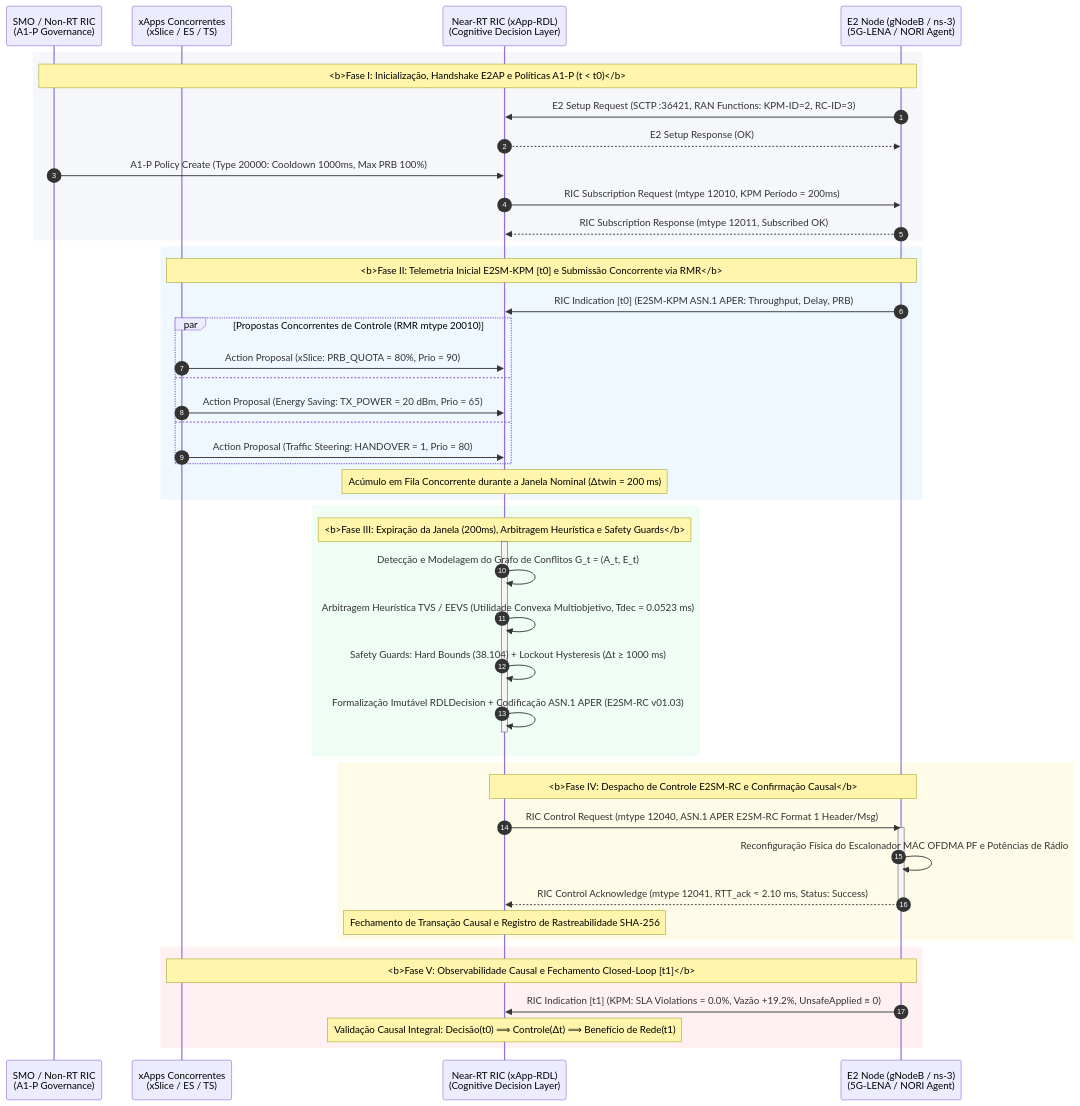
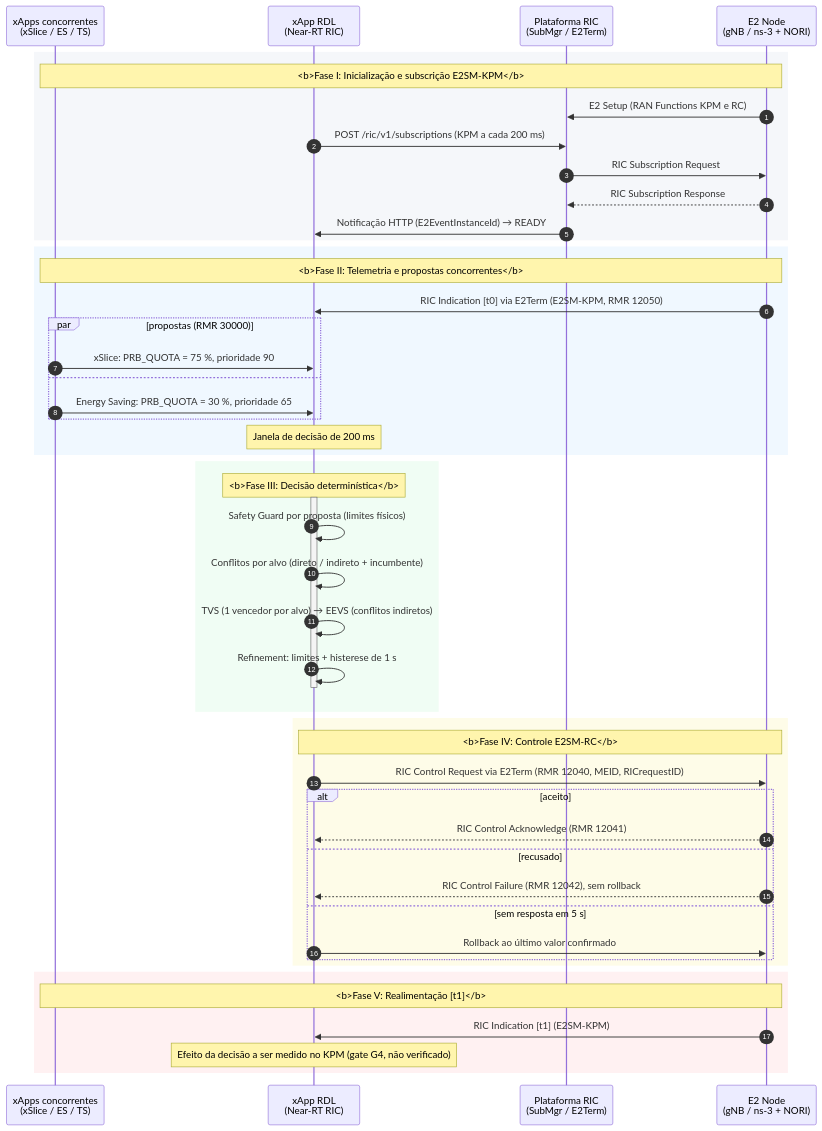
One commit to georgebarbosa3090/XApp-RDL-F1 changed the diagram in docs/figures/diagrama_sequencia_compacto_dissertacao.mermaid. Above: the diagram before and after it, drawn with Mermaid. The commit also changed 41 other files, not shown here.

```diff
--- a/docs/figures/diagrama_sequencia_compacto_dissertacao.mermaid
+++ b/docs/figures/diagrama_sequencia_compacto_dissertacao.mermaid
@@ -1,79 +1,63 @@
 %% ==============================================================================
-%% Diagrama de Sequência Compacto para Dissertação de Mestrado (PPGC/UFPA)
+%% Diagrama de Sequência Compacto para Dissertação de Mestrado (PPGCOMP/UFPA)
 %% Obra: H-RDL: Governança Determinística e Mitigação de Conflitos no Near-RT RIC
 %% Autor: George Alexandro Ferreira Barbosa | Orientador: Prof. Dr. André Riker
-%% Padrão Visual: Clean Architecture / O-RAN Alliance / Light Academic Theme
+%% Fluxo implementado em src/ (revisado em 2026-11-08). Sem valores medidos:
+%% os tempos são parâmetros de configuração; a troca E2 real ainda não foi exercitada.
 %% ==============================================================================
 
 sequenceDiagram
     autonumber
-    
-    %% DEFINIÇÃO DAS MACRO-ENTIDADES CANÔNICAS (4 Lifelines para caber em A4 Retrato)
-    participant SMO as SMO / Non-RT RIC<br/>(A1-P Governance)
-    participant XAPPS as xApps Concorrentes<br/>(xSlice / ES / TS)
-    participant RDL as Near-RT RIC (xApp-RDL)<br/>(Cognitive Decision Layer)
-    participant RAN as E2 Node (gNodeB / ns-3)<br/>(5G-LENA / NORI Agent)
 
-    %% -------------------------------------------------------------------------
-    %% FASE I: INICIALIZAÇÃO, HANDSHAKE E2AP E POLÍTICAS A1-P (t < t0)
-    %% -------------------------------------------------------------------------
+    participant XAPPS as xApps concorrentes<br/>(xSlice / ES / TS)
+    participant RDL as xApp RDL<br/>(Near-RT RIC)
+    participant RIC as Plataforma RIC<br/>(SubMgr / E2Term)
+    participant RAN as E2 Node<br/>(gNB / ns-3 + NORI)
+
     rect rgb(245, 247, 250)
-        Note over SMO,RAN: <b>Fase I: Inicialização, Handshake E2AP e Políticas A1-P (t < t0)</b>
-        RAN->>RDL: E2 Setup Request (SCTP :36421, RAN Functions: KPM-ID=2, RC-ID=3)
-        RDL-->>RAN: E2 Setup Response (OK)
-        SMO->>RDL: A1-P Policy Create (Type 20000: Cooldown 1000ms, Max PRB 100%)
-        RDL->>RAN: RIC Subscription Request (mtype 12010, KPM Período = 200ms)
-        RAN-->>RDL: RIC Subscription Response (mtype 12011, Subscribed OK)
+        Note over XAPPS,RAN: <b>Fase I: Inicialização e subscrição E2SM-KPM</b>
+        RAN->>RIC: E2 Setup (RAN Functions KPM e RC)
+        RDL->>RIC: POST /ric/v1/subscriptions (KPM a cada 200 ms)
+        RIC->>RAN: RIC Subscription Request
+        RAN-->>RIC: RIC Subscription Response
+        RIC->>RDL: Notificação HTTP (E2EventInstanceId) → READY
     end
 
-    %% -------------------------------------------------------------------------
-    %% FASE II: INGESTÃO DE TELEMETRIA E SUBMISSÃO CONCORRENTE DE PROPOSTAS
-    %% -------------------------------------------------------------------------
     rect rgb(240, 248, 255)
-        Note over XAPPS,RAN: <b>Fase II: Telemetria Inicial E2SM-KPM [t0] e Submissão Concorrente via RMR</b>
-        RAN->>RDL: RIC Indication [t0] (E2SM-KPM ASN.1 APER: Throughput, Delay, PRB)
-        
-        par Propostas Concorrentes de Controle (RMR mtype 20010)
-            XAPPS->>RDL: Action Proposal (xSlice: PRB_QUOTA = 80%, Prio = 90)
+        Note over XAPPS,RAN: <b>Fase II: Telemetria e propostas concorrentes</b>
+        RAN->>RDL: RIC Indication [t0] via E2Term (E2SM-KPM, RMR 12050)
+        par propostas (RMR 30000)
+            XAPPS->>RDL: xSlice: PRB_QUOTA = 75 %, prioridade 90
         and
-            XAPPS->>RDL: Action Proposal (Energy Saving: TX_POWER = 20 dBm, Prio = 65)
-        and
-            XAPPS->>RDL: Action Proposal (Traffic Steering: HANDOVER = 1, Prio = 80)
+            XAPPS->>RDL: Energy Saving: PRB_QUOTA = 30 %, prioridade 65
         end
-        Note over RDL: Acúmulo em Fila Concorrente durante a Janela Nominal (Δtwin = 200 ms)
+        Note over RDL: Janela de decisão de 200 ms
     end
 
-    %% -------------------------------------------------------------------------
-    %% FASE III: EXPIRAÇÃO DA JANELA, ARBITRAGEM HEURÍSTICA E SAFETY GUARDS
-    %% -------------------------------------------------------------------------
     rect rgb(240, 253, 244)
-        Note over RDL: <b>Fase III: Expiração da Janela (200ms), Arbitragem Heurística e Safety Guards</b>
+        Note over RDL: <b>Fase III: Decisão determinística</b>
         activate RDL
-        RDL->>RDL: Detecção e Modelagem do Grafo de Conflitos G_t = (A_t, E_t)
-        RDL->>RDL: Arbitragem Heurística TVS / EEVS (Utilidade Convexa Multiobjetivo, Tdec = 0.0523 ms)
-        RDL->>RDL: Safety Guards: Hard Bounds (38.104) + Lockout Hysteresis (Δt ≥ 1000 ms)
-        RDL->>RDL: Formalização Imutável RDLDecision + Codificação ASN.1 APER (E2SM-RC v01.03)
+        RDL->>RDL: Safety Guard por proposta (limites físicos)
+        RDL->>RDL: Conflitos por alvo (direto / indireto + incumbente)
+        RDL->>RDL: TVS (1 vencedor por alvo) → EEVS (conflitos indiretos)
+        RDL->>RDL: Refinement: limites + histerese de 1 s
         deactivate RDL
     end
 
-    %% -------------------------------------------------------------------------
-    %% FASE IV: DESPACHO E2SM-RC, RECONFIGURAÇÃO FÍSICA E ACKNOWLEDGE
-    %% -------------------------------------------------------------------------
     rect rgb(254, 252, 232)
-        Note over RDL,RAN: <b>Fase IV: Despacho de Controle E2SM-RC e Confirmação Causal</b>
-        RDL->>RAN: RIC Control Request (mtype 12040, ASN.1 APER E2SM-RC Format 1 Header/Msg)
-        activate RAN
-        RAN->>RAN: Reconfiguração Física do Escalonador MAC OFDMA PF e Potências de Rádio
-        RAN-->>RDL: RIC Control Acknowledge (mtype 12041, RTT_ack ≈ 2.10 ms, Status: Success)
-        deactivate RAN
-        Note over RDL: Fechamento de Transação Causal e Registro de Rastreabilidade SHA-256
+        Note over RDL,RAN: <b>Fase IV: Controle E2SM-RC</b>
+        RDL->>RAN: RIC Control Request via E2Term (RMR 12040, MEID, RICrequestID)
+        alt aceito
+            RAN-->>RDL: RIC Control Acknowledge (RMR 12041)
+        else recusado
+            RAN-->>RDL: RIC Control Failure (RMR 12042), sem rollback
+        else sem resposta em 5 s
+            RDL->>RAN: Rollback ao último valor confirmado
+        end
     end
 
-    %% -------------------------------------------------------------------------
-    %% FASE V: FEEDBACK CAUSAL E FECHAMENTO DO CIRCUITO FECHADO [t1]
-    %% -------------------------------------------------------------------------
     rect rgb(255, 241, 242)
-        Note over XAPPS,RAN: <b>Fase V: Observabilidade Causal e Fechamento Closed-Loop [t1]</b>
-        RAN->>RDL: RIC Indication [t1] (KPM: SLA Violations = 0.0%, Vazão +19.2%, UnsafeApplied ≡ 0)
-        Note over RDL: Validação Causal Integral: Decisão(t0) ⟹ Controle(Δt) ⟹ Benefício de Rede(t1)
+        Note over XAPPS,RAN: <b>Fase V: Realimentação [t1]</b>
+        RAN->>RDL: RIC Indication [t1] (E2SM-KPM)
+        Note over RDL: Efeito da decisão a ser medido no KPM (gate G4, não verificado)
     end
```
